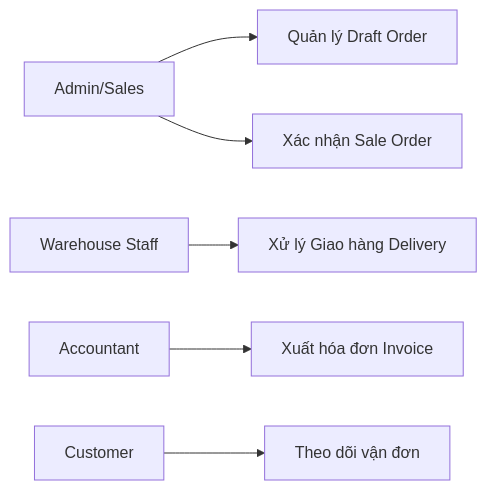
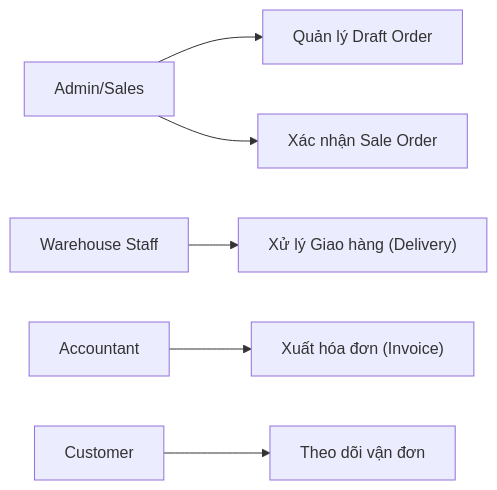
Before and after one commit to thanhbn75/KoichiLens: the first of 2 diagrams in OMS.md, drawn with Mermaid.

Commit message:
2nd commit

````diff
--- a/OMS.md
+++ b/OMS.md
@@ -14,11 +14,11 @@
 ```mermaid
 flowchart LR
-    sales[Admin/Sales] --> UC16[Quản lý Draft Order]
-    sales --> UC17[Xác nhận Sale Order]
+    sales["Admin/Sales"] --> UC16["Quản lý Draft Order"]
+    sales --> UC17["Xác nhận Sale Order"]
 
-    whs[Warehouse Staff] --> UC18[Xử lý Giao hàng Delivery]
+    whs["Warehouse Staff"] --> UC18["Xử lý Giao hàng (Delivery)"]
 
-    acc[Accountant] --> UC19[Xuất hóa đơn Invoice]
+    acc["Accountant"] --> UC19["Xuất hóa đơn (Invoice)"]
 
-    cus[Customer] --> UC20[Theo dõi vận đơn]
+    cus["Customer"] --> UC20["Theo dõi vận đơn"]
 ```
````
